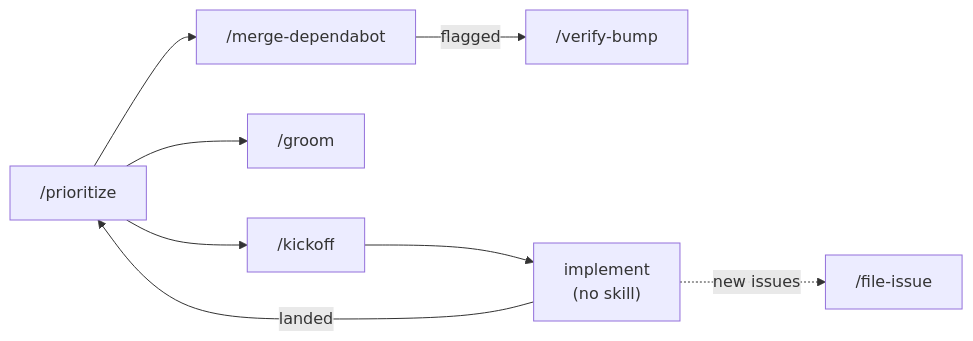
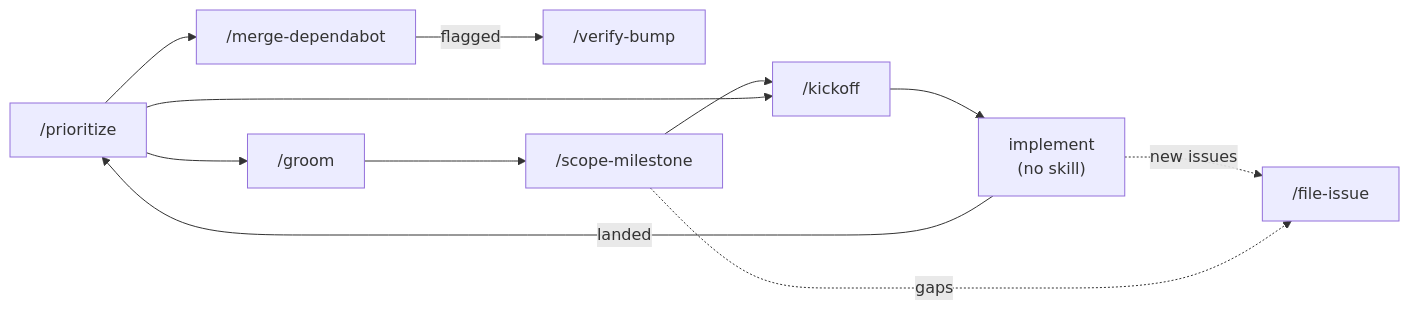
The first of 4 diagrams in README.md (NicoVIII/claude-config), drawn with Mermaid before and after one commit. The commit also changed other lines of this file and 3 other files, not shown here.

````diff
--- a/README.md
+++ b/README.md
@@ -63,8 +64,9 @@
 ```mermaid
 flowchart LR
   P["/prioritize"] --> MD["/merge-dependabot"] -- flagged --> VB["/verify-bump"]
-  P --> G["/groom"]
+  P --> G["/groom"] --> SM["/scope-milestone"] --> K
   P --> K["/kickoff"] --> I["implement<br/>(no skill)"]
   I -. new issues .-> FI["/file-issue"]
+  SM -. gaps .-> FI
   I -- landed --> P
 ```
````
